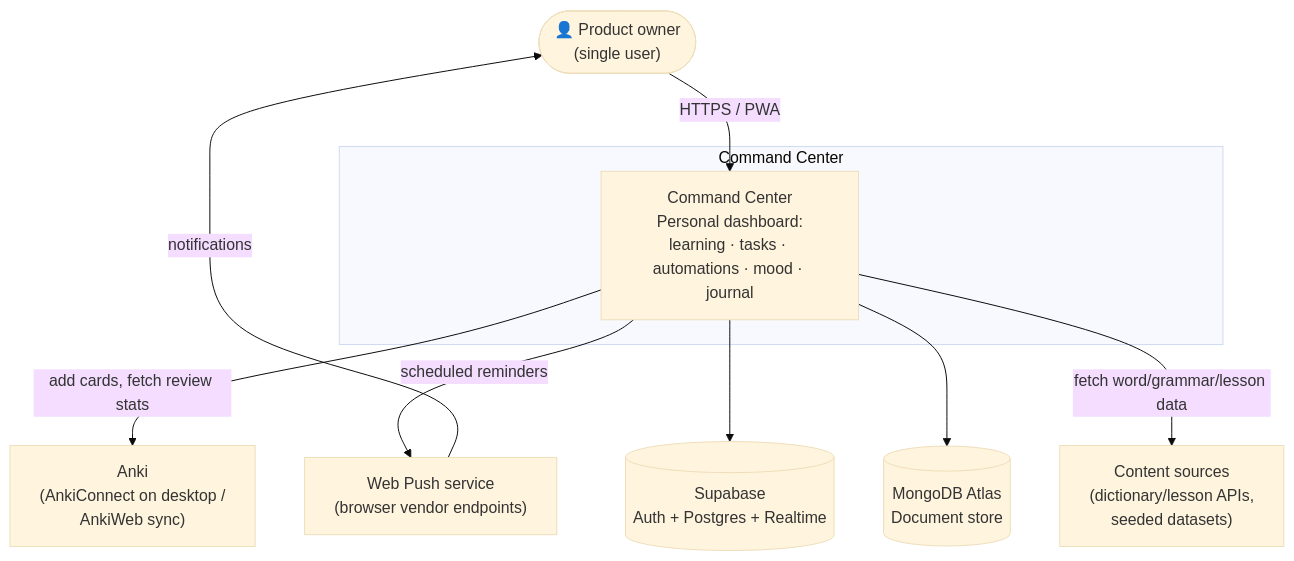
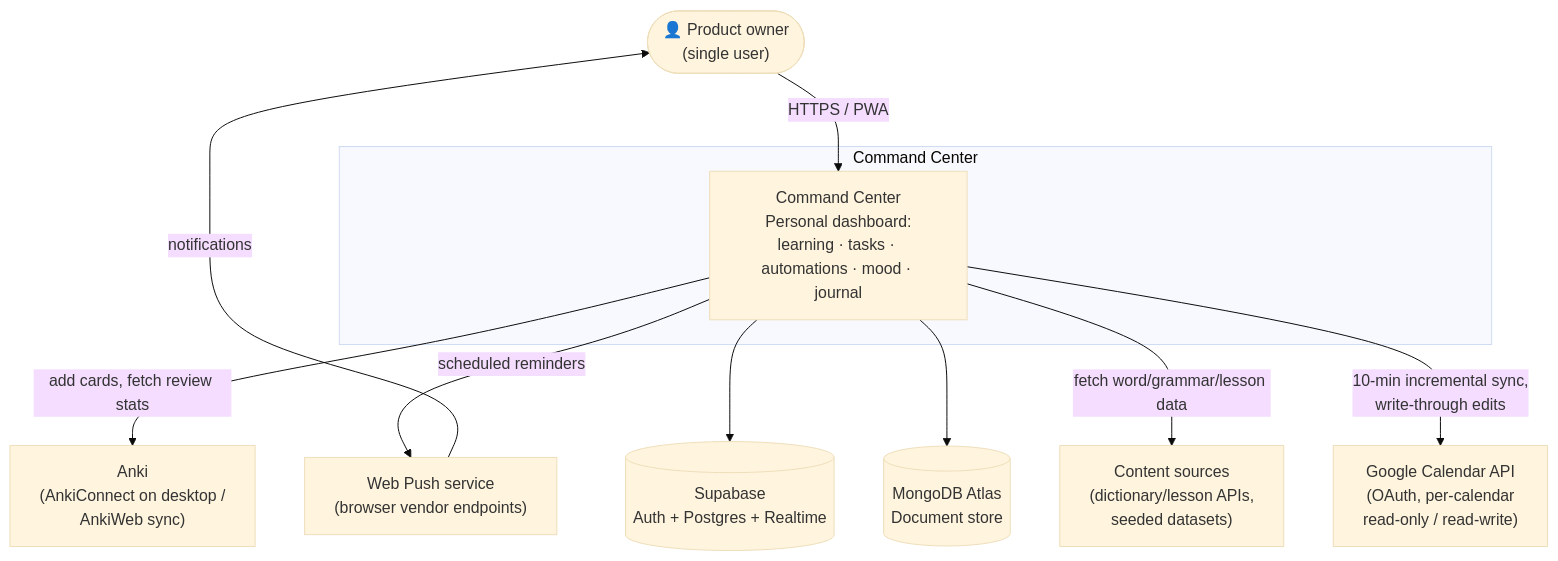
The first of 6 diagrams in docs/ARD.md (Auua/command-center), drawn with Mermaid (base theme) before and after one commit. The commit also changed other lines of this file and 3 other files, not shown here.

Commit message:
Docs: accept ADR-037 Google Calendar sync + apply its owed ARD edits (also mark 033 in review queue)

````diff
--- a/docs/ARD.md
+++ b/docs/ARD.md
@@ -36,22 +36,24 @@
 ```mermaid
 flowchart TB
     user(["👤 Product owner<br/>(single user)"])
 
     subgraph cc ["Command Center"]
         system["Command Center<br/>Personal dashboard:<br/>learning · tasks · automations · mood · journal"]
     end
 
     anki["Anki<br/>(AnkiConnect on desktop /<br/>AnkiWeb sync)"]
     push["Web Push service<br/>(browser vendor endpoints)"]
     supabase[("Supabase<br/>Auth + Postgres + Realtime")]
     mongo[("MongoDB Atlas<br/>Document store")]
     content["Content sources<br/>(dictionary/lesson APIs,<br/>seeded datasets)"]
+    gcal["Google Calendar API<br/>(OAuth, per-calendar<br/>read-only / read-write)"]
 
     user -->|"HTTPS / PWA"| system
     system -->|"add cards, fetch review stats"| anki
     system -->|"scheduled reminders"| push
     push -->|"notifications"| user
     system --> supabase
     system --> mongo
     system -->|"fetch word/grammar/lesson data"| content
+    system -->|"10-min incremental sync,<br/>write-through edits"| gcal
 ```
````
